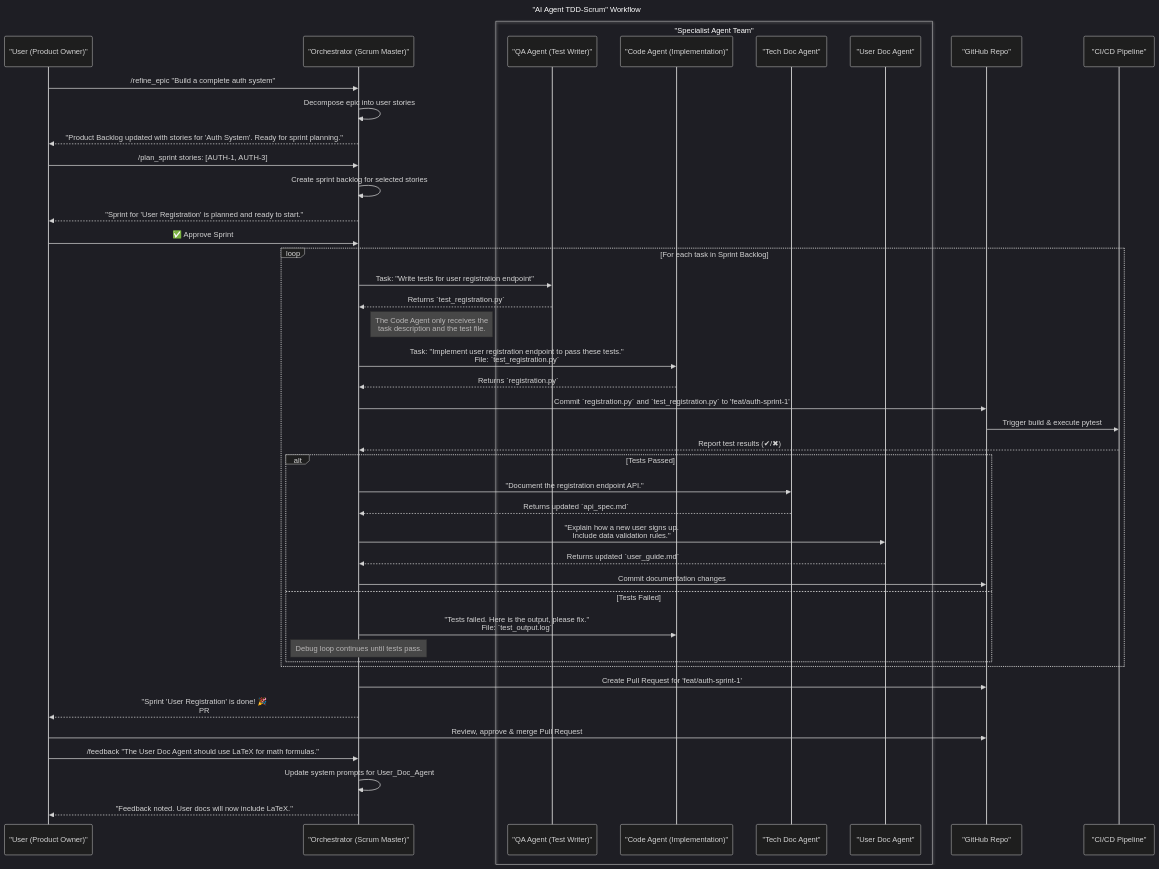
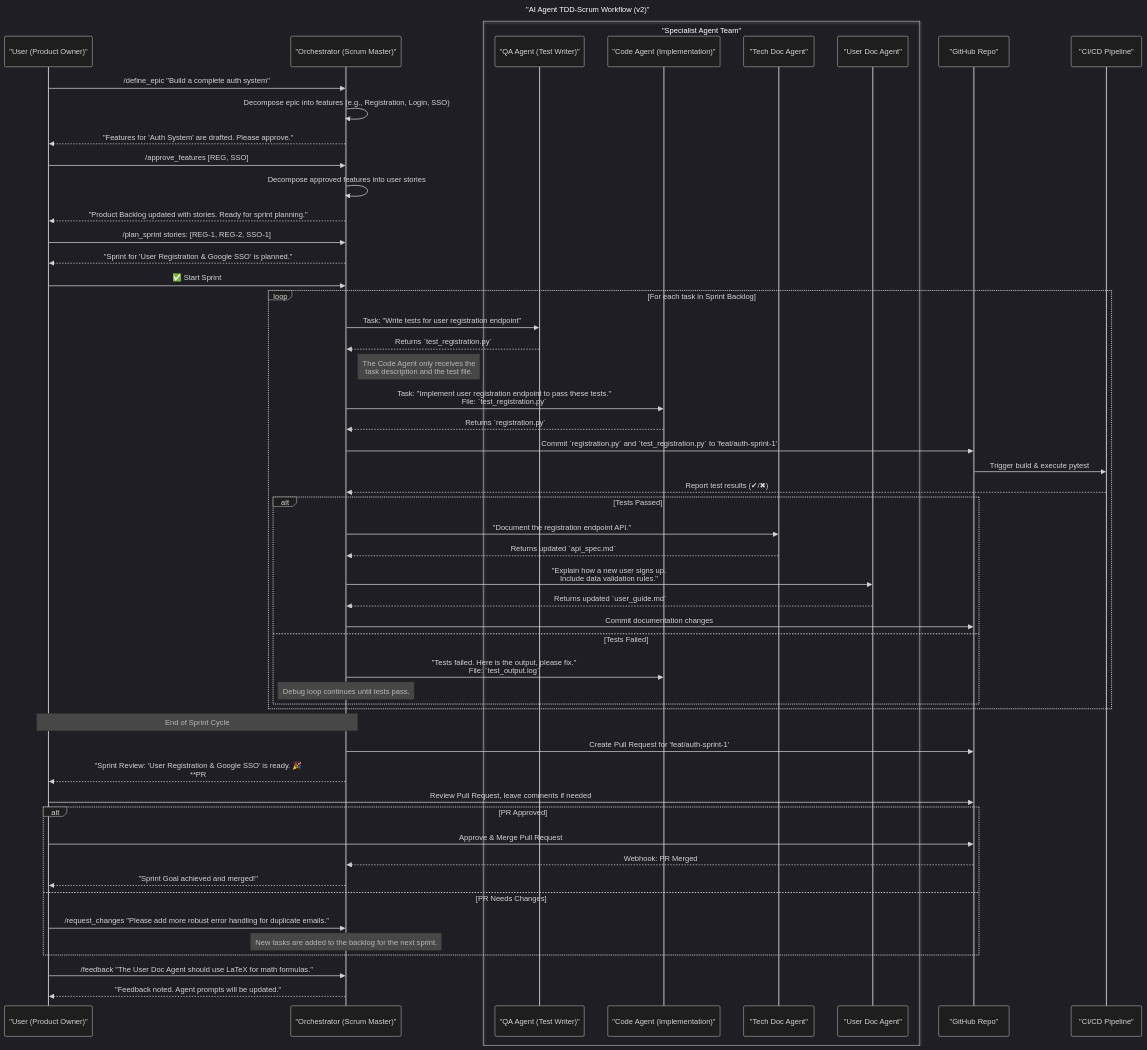
The diagram in sequence_diagram.md (jmontp/agent-workflow), drawn with Mermaid before and after one commit. The commit also changed 1 other file, not shown here.

Commit message:
Feat: Update diagram with TDD-Scrum v2 and add HITL commands

````diff
--- a/sequence_diagram.md
+++ b/sequence_diagram.md
@@ -1,64 +1,74 @@
 ```mermaid
 %%{init: {'theme': 'dark', 'themeVariables': { 'primaryColor': '#42a5f5', 'mainBkg': '#1e1e1e', 'textColor': '#ffffff'}}}%%
 sequenceDiagram
-    title "AI Agent TDD-Scrum" Workflow
+    title "AI Agent TDD-Scrum Workflow (v2)"
 
     participant U as "User (Product Owner)"
     participant BOT as "Orchestrator (Scrum Master)"
     box "Specialist Agent Team"
         participant QA_Agent as "QA Agent (Test Writer)"
         participant Code_Agent as "Code Agent (Implementation)"
         participant Tech_Doc_Agent as "Tech Doc Agent"
         participant User_Doc_Agent as "User Doc Agent"
     end
     participant GH as "GitHub Repo"
     participant CI as "CI/CD Pipeline"
 
-    %% == 1. Product Backlog Refinement (Epic -> Stories) ==
-    U->>BOT: /refine_epic "Build a complete auth system"
-    BOT->>BOT: Decompose epic into user stories
-    BOT-->>U: "Product Backlog updated with stories for 'Auth System'. Ready for sprint planning."
+    %% == 1. Backlog Refinement (Epic -> Feature -> Story) ==
+    U->>BOT: /define_epic "Build a complete auth system"
+    BOT->>BOT: Decompose epic into features (e.g., Registration, Login, SSO)
+    BOT-->>U: "Features for 'Auth System' are drafted. Please approve."
+    U->>BOT: /approve_features [REG, SSO]
+    BOT->>BOT: Decompose approved features into user stories
+    BOT-->>U: "Product Backlog updated with stories. Ready for sprint planning."
 
     %% == 2. Sprint Planning ==
-    U->>BOT: /plan_sprint stories: [AUTH-1, AUTH-3]
-    BOT->>BOT: Create sprint backlog for selected stories
-    BOT-->>U: "Sprint for 'User Registration' is planned and ready to start."
-    U->>BOT: ✅ Approve Sprint
+    U->>BOT: /plan_sprint stories: [REG-1, REG-2, SSO-1]
+    BOT-->>U: "Sprint for 'User Registration & Google SSO' is planned."
+    U->>BOT: ✅ Start Sprint
 
     %% == 3. Sprint Execution (TDD Task Loop) ==
     loop For each task in Sprint Backlog
         BOT->>QA_Agent: Task: "Write tests for user registration endpoint"
         QA_Agent-->>BOT: Returns `test_registration.py`
         
         note right of BOT: The Code Agent only receives the<br/>task description and the test file.
         BOT->>Code_Agent: Task: "Implement user registration endpoint to pass these tests."<br/>File: `test_registration.py`
         Code_Agent-->>BOT: Returns `registration.py`
         
         BOT->>GH: Commit `registration.py` and `test_registration.py` to 'feat/auth-sprint-1'
         GH->>CI: Trigger build & execute pytest
         CI-->>BOT: Report test results (✔/✖)
         
         alt Tests Passed
             BOT->>Tech_Doc_Agent: "Document the registration endpoint API."
             Tech_Doc_Agent-->>BOT: Returns updated `api_spec.md`
             
             BOT->>User_Doc_Agent: "Explain how a new user signs up.<br/>Include data validation rules."
             User_Doc_Agent-->>BOT: Returns updated `user_guide.md`
             
             BOT->>GH: Commit documentation changes
         else Tests Failed
             BOT->>Code_Agent: "Tests failed. Here is the output, please fix."<br/>File: `test_output.log`
             note over BOT: Debug loop continues until tests pass.
         end
     end
 
     %% == 4. Sprint Review ==
+    Note over U, BOT: End of Sprint Cycle
     BOT->>GH: Create Pull Request for 'feat/auth-sprint-1'
-    BOT-->>U: "Sprint 'User Registration' is done! 🎉<br/>PR #125 is ready for your review."
-    U->>GH: Review, approve & merge Pull Request
+    BOT-->>U: "Sprint Review: 'User Registration & Google SSO' is ready. 🎉<br/>**PR #125 is ready for your review and approval.**"
+    U->>GH: Review Pull Request, leave comments if needed
+    alt PR Approved
+        U->>GH: Approve & Merge Pull Request
+        GH-->>BOT: Webhook: PR Merged
+        BOT-->>U: "Sprint Goal achieved and merged!"
+    else PR Needs Changes
+        U->>BOT: /request_changes "Please add more robust error handling for duplicate emails."
+        note over BOT: New tasks are added to the backlog for the next sprint.
+    end
 
     %% == 5. Sprint Retrospective ==
     U->>BOT: /feedback "The User Doc Agent should use LaTeX for math formulas."
-    BOT->>BOT: Update system prompts for User_Doc_Agent
-    BOT-->>U: "Feedback noted. User docs will now include LaTeX."
+    BOT-->>U: "Feedback noted. Agent prompts will be updated."
 ```
````
